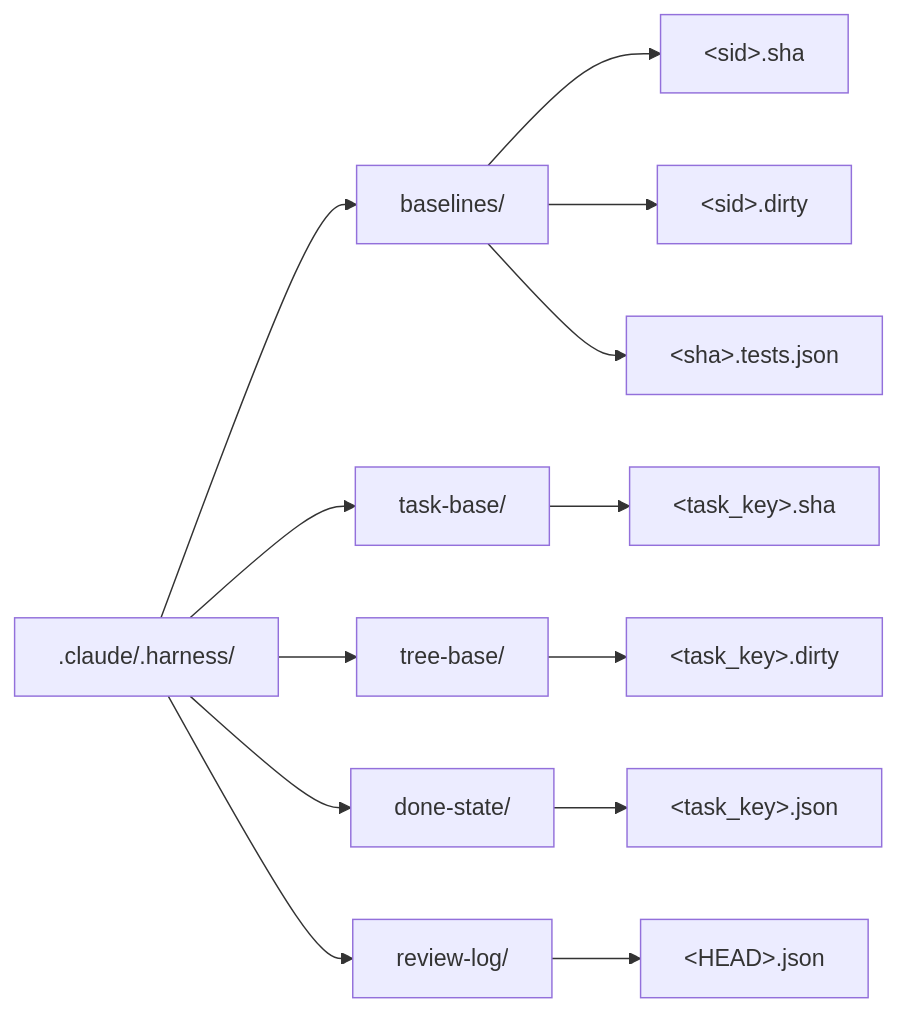
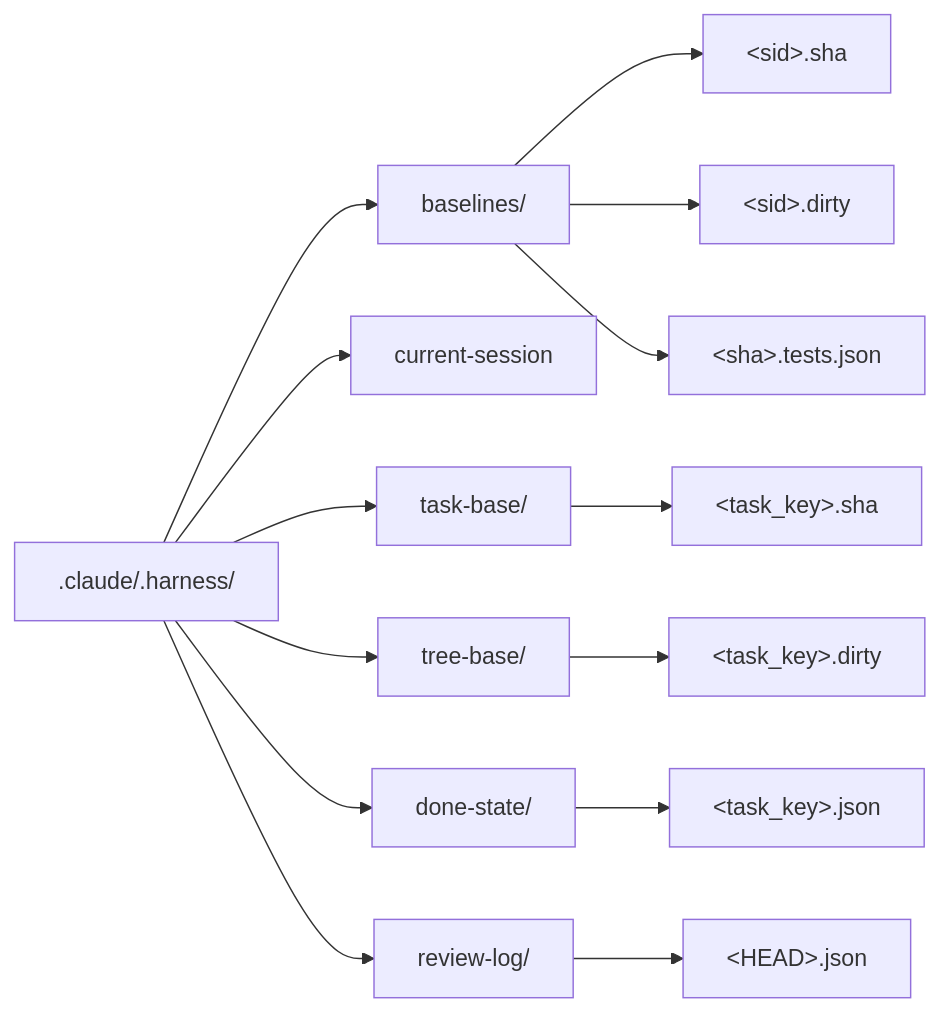
One commit to pehota/harlo changed the tenth of 10 diagrams in docs/architecture.md. Above: the diagram before and after it, drawn with Mermaid. The commit also changed other lines of this file and 1 other file, not shown here.

First line of the commit message:
docs(harness): sync design + architecture to coverage contract + deadlock fixes

````diff
--- a/docs/architecture.md
+++ b/docs/architecture.md
@@ -473,15 +502,16 @@
 ```mermaid
 flowchart LR
   H[".claude/.harness/"] --> BL["baselines/"]
+  H --> CS["current-session"]
   H --> TB["task-base/"]
   H --> TRB["tree-base/"]
   H --> DS["done-state/"]
   H --> RL["review-log/"]
   BL --> B1["&lt;sid&gt;.sha"]
   BL --> B2["&lt;sid&gt;.dirty"]
   BL --> B3["&lt;sha&gt;.tests.json"]
   TB --> T1["&lt;task_key&gt;.sha"]
   TRB --> TR1["&lt;task_key&gt;.dirty"]
   DS --> D1["&lt;task_key&gt;.json"]
   RL --> R1["&lt;HEAD&gt;.json"]
 ```
````
